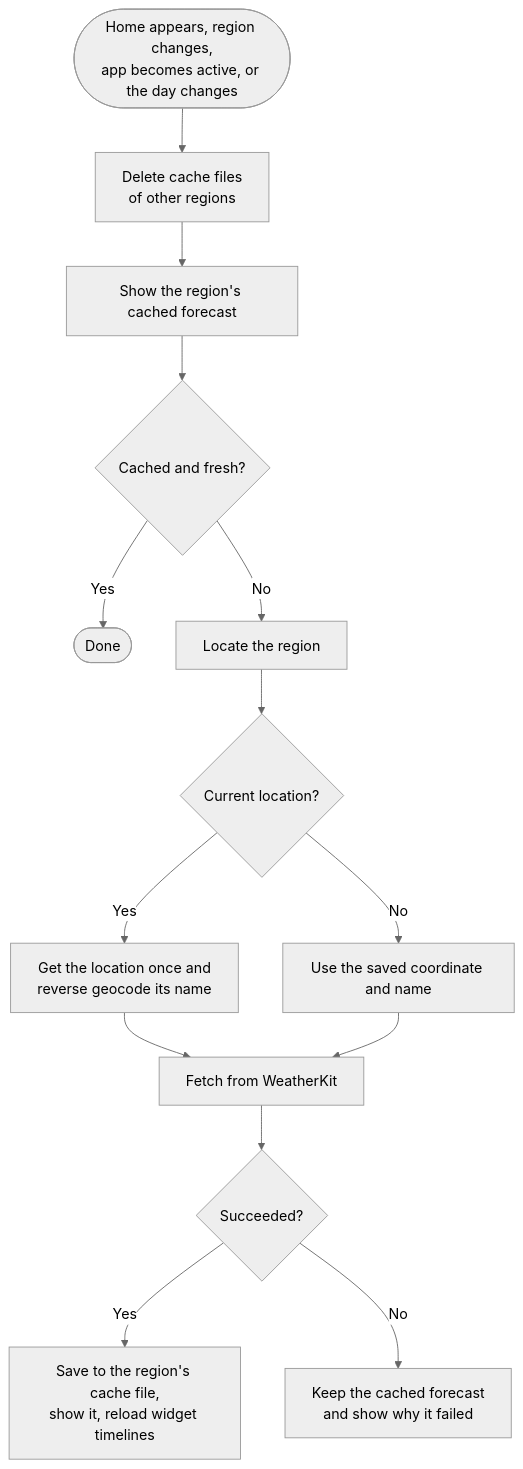
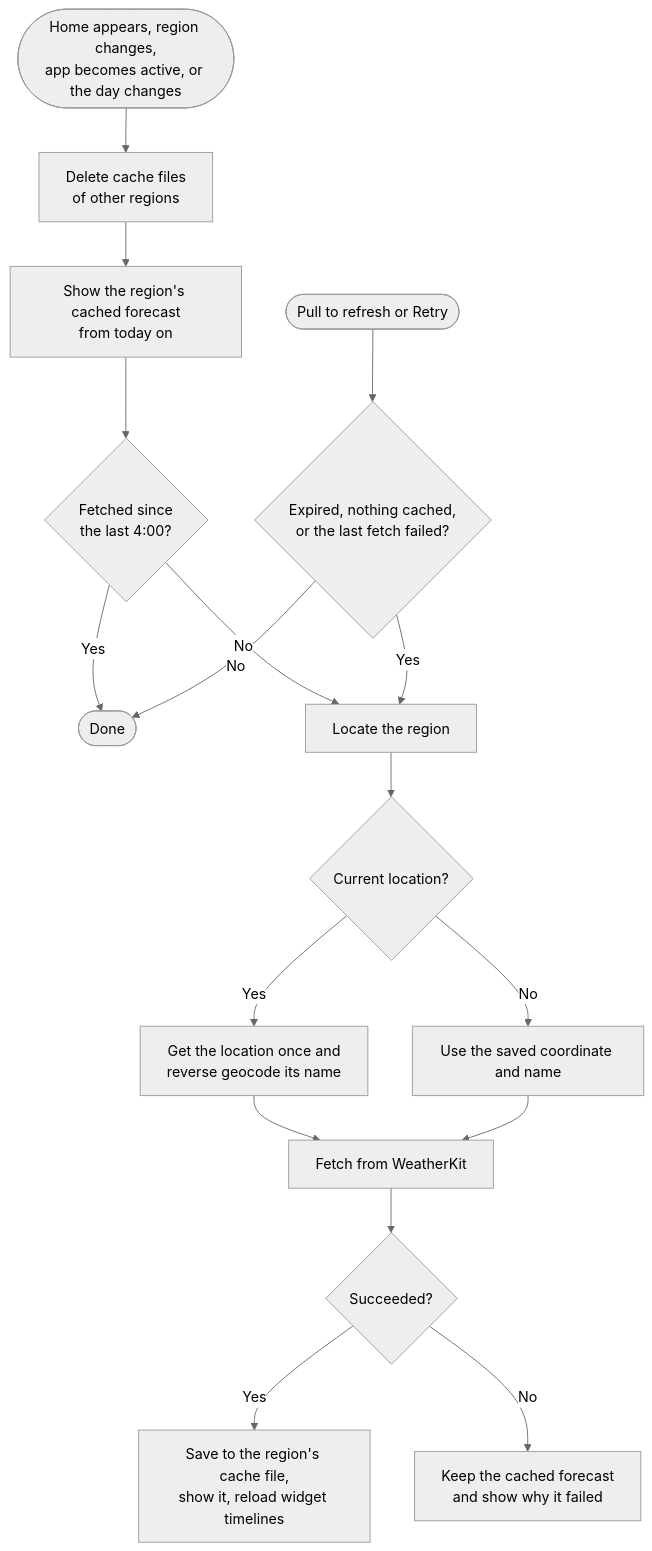
One commit to naipaka/NextSunnyDay-iOS changed the first of 2 diagrams in docs/architecture/weather-fetch-flow.md. Above: the diagram before and after it, drawn with Mermaid (neutral theme). The commit also changed other lines of this file and 14 other files, not shown here.

First line of the commit message:
Fetch the forecast once a day from 4:00

````diff
--- a/docs/architecture/weather-fetch-flow.md
+++ b/docs/architecture/weather-fetch-flow.md
@@ -26,16 +26,19 @@
 ```mermaid
 flowchart TD
     A([Home appears, region changes,<br/>app becomes active, or the day changes]) --> B[Delete cache files<br/>of other regions]
-    B --> C[Show the region's cached forecast]
-    C --> D{Cached and fresh?}
+    B --> C[Show the region's cached forecast<br/>from today on]
+    C --> D{Fetched since<br/>the last 4:00?}
     D -- Yes --> E([Done])
     D -- No --> F[Locate the region]
+    P([Pull to refresh or Retry]) --> Q{Expired, nothing cached,<br/>or the last fetch failed?}
+    Q -- No --> E
+    Q -- Yes --> F
     F --> G{Current location?}
     G -- No --> I[Use the saved coordinate and name]
     G -- Yes --> H[Get the location once and<br/>reverse geocode its name]
     H --> J[Fetch from WeatherKit]
     I --> J
     J --> K{Succeeded?}
     K -- Yes --> L[Save to the region's cache file,<br/>show it, reload widget timelines]
     K -- No --> M[Keep the cached forecast<br/>and show why it failed]
 ```
````
